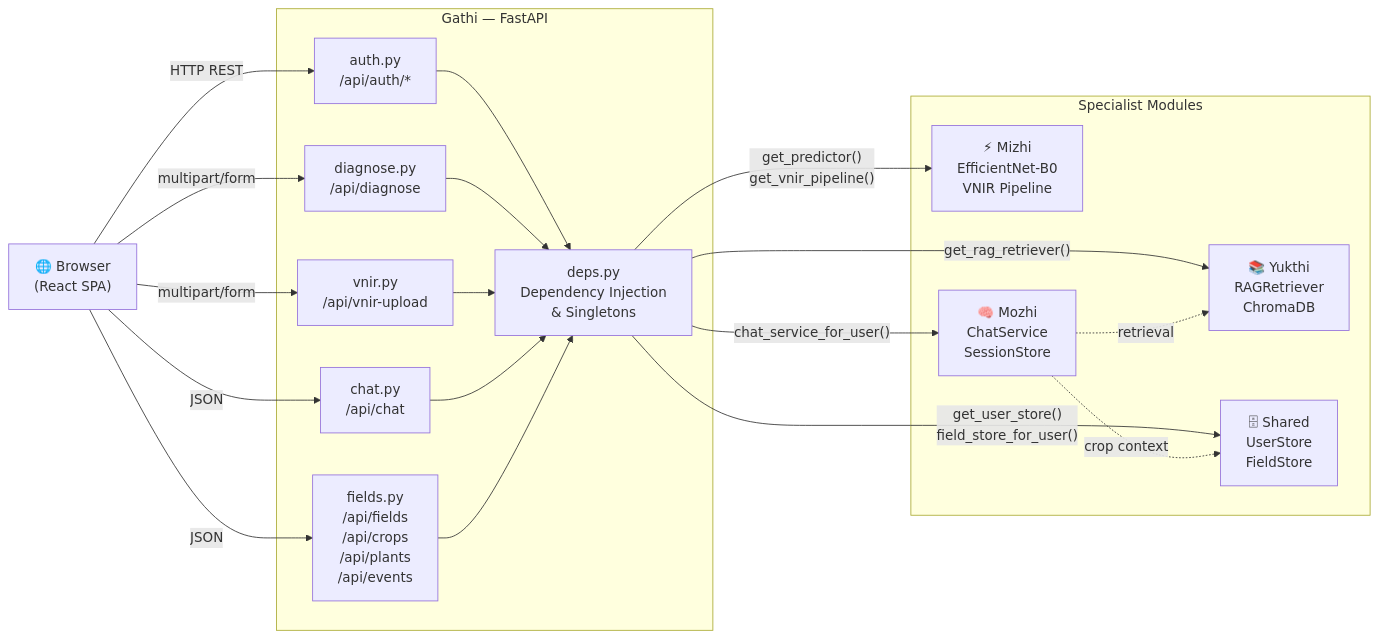
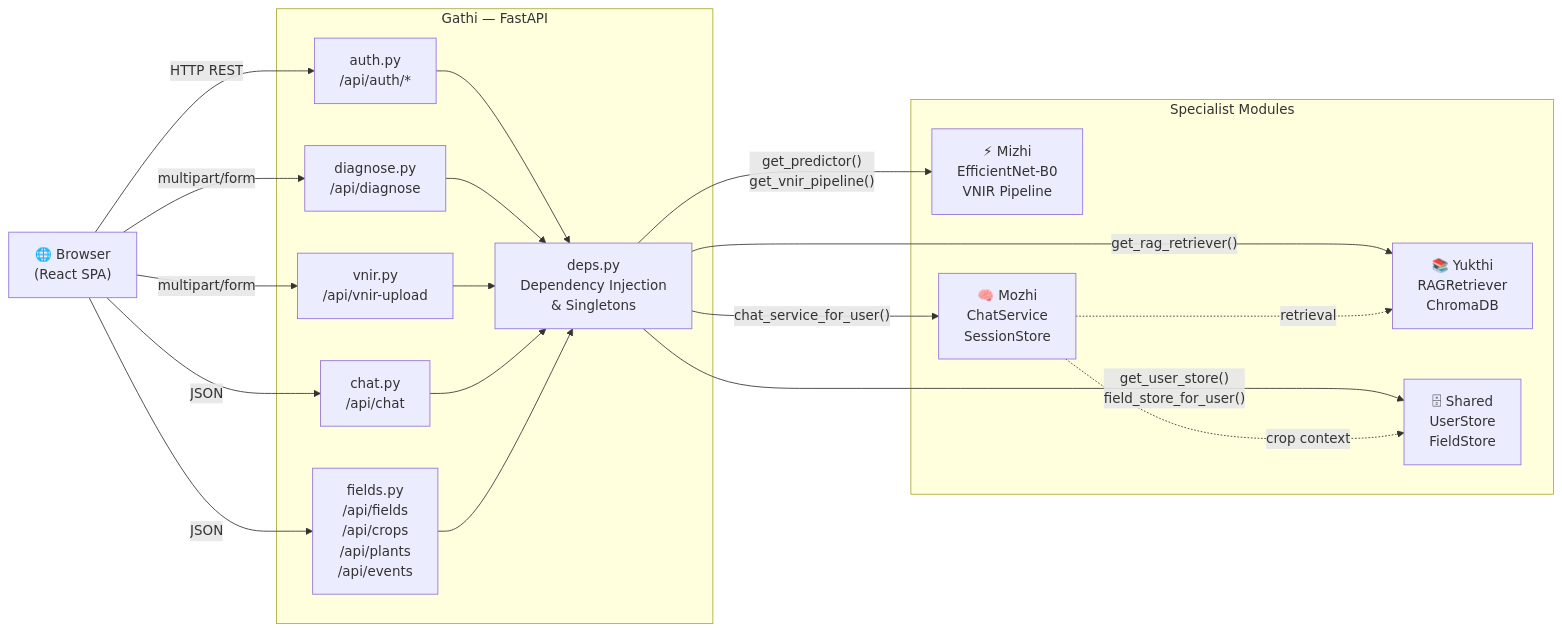
One commit to SReigovind/NAVA changed the fourth of 4 diagrams in documentation/01_module_gathi.md. Above: the diagram before and after it, drawn with Mermaid. The commit also changed other lines of this file and 10 other files, not shown here.

````diff
--- a/documentation/01_module_gathi.md
+++ b/documentation/01_module_gathi.md
@@ -369,40 +403,40 @@
 ```mermaid
 flowchart LR
     Browser["🌐 Browser\n(React SPA)"]
 
     subgraph Gathi["Gathi — FastAPI"]
         Auth["auth.py\n/api/auth/*"]
         Diagnose["diagnose.py\n/api/diagnose"]
         VNIR["vnir.py\n/api/vnir-upload"]
         Chat["chat.py\n/api/chat"]
         Fields["fields.py\n/api/fields\n/api/crops\n/api/plants\n/api/events"]
         Deps["deps.py\nDependency Injection\n& Singletons"]
     end
 
     subgraph Modules["Specialist Modules"]
         Mizhi["⚡ Mizhi\nEfficientNet-B0\nVNIR Pipeline"]
         Mozhi["🧠 Mozhi\nChatService\nSessionStore"]
         Yukthi["📚 Yukthi\nRAGRetriever\nChromaDB"]
         Shared["🗄 Shared\nUserStore\nFieldStore"]
     end
 
     Browser -->|"HTTP REST"| Auth
     Browser -->|"multipart/form"| Diagnose
     Browser -->|"multipart/form"| VNIR
     Browser -->|"JSON"| Chat
     Browser -->|"JSON"| Fields
 
     Auth --> Deps
     Diagnose --> Deps
     VNIR --> Deps
     Chat --> Deps
     Fields --> Deps
 
     Deps -->|"get_predictor()\nget_vnir_pipeline()"| Mizhi
     Deps -->|"chat_service_for_user()"| Mozhi
     Deps -->|"get_rag_retriever()"| Yukthi
     Deps -->|"get_user_store()\nfield_store_for_user()"| Shared
 
-    Mozhi -.->|"retrieval"| Yukthi
-    Mozhi -.->|"crop context"| Shared
+    Mozhi -..->|"retrieval"| Yukthi
+    Mozhi -..->|"crop context"| Shared
 ```
````
